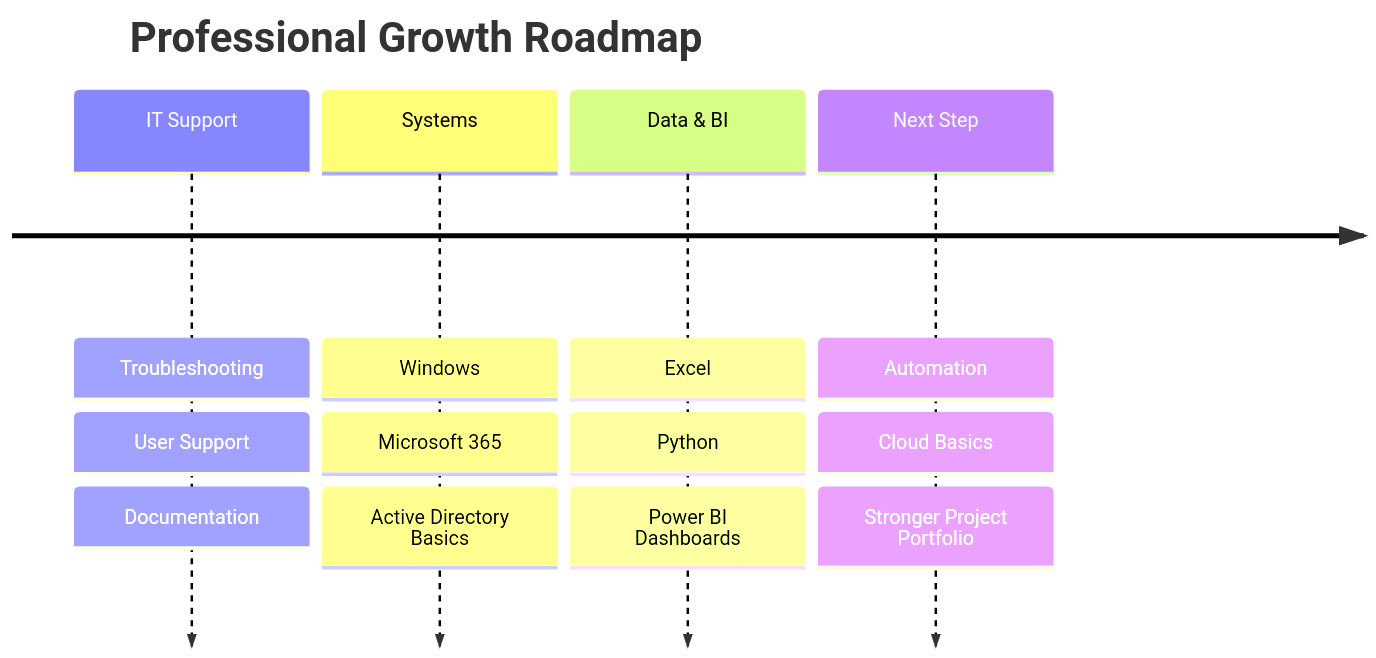
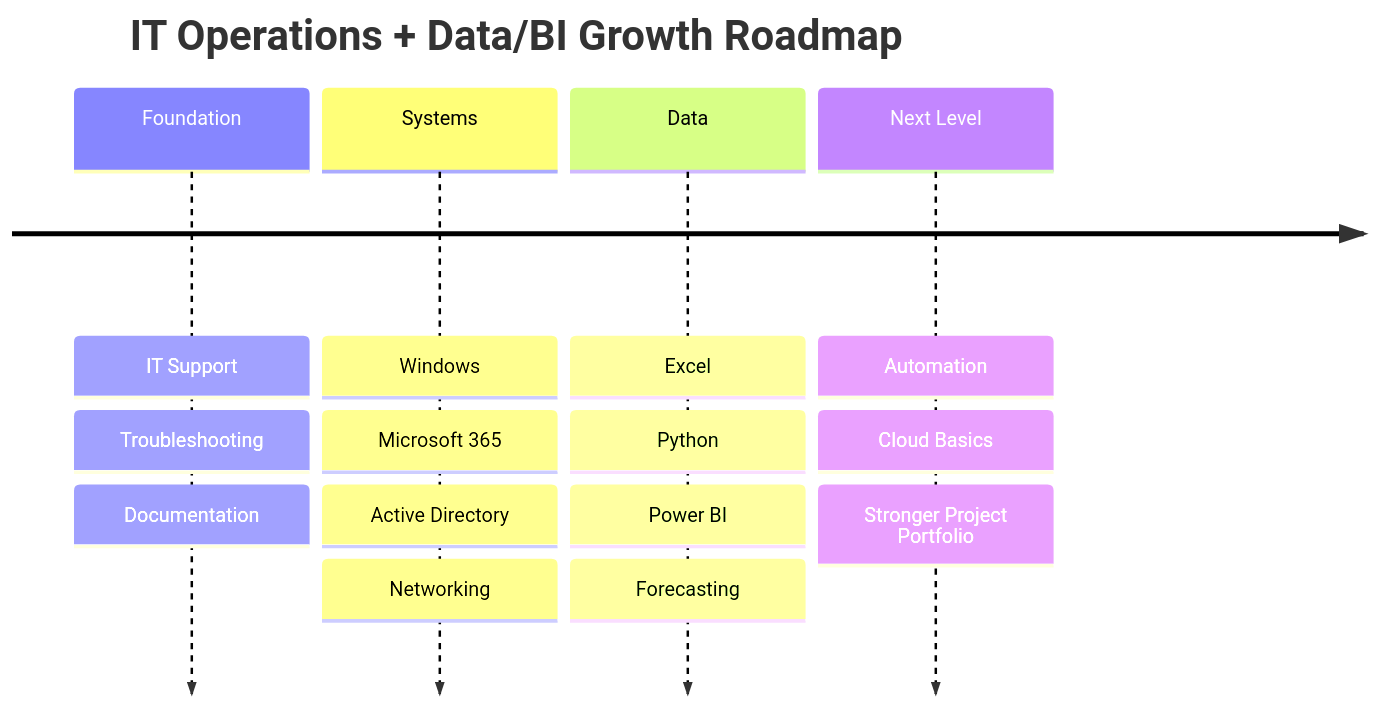
One commit to hany69x/hany69x changed the diagram in README.md. Above: the diagram before and after it, drawn with Mermaid. The commit also changed other lines of this file, not shown here.

````diff
--- a/README.md
+++ b/README.md
@@ -318,8 +361,8 @@
 ```mermaid
 timeline
-    title Professional Growth Roadmap
-    IT Support : Troubleshooting : User Support : Documentation
-    Systems : Windows : Microsoft 365 : Active Directory Basics
-    Data & BI : Excel : Python : Power BI Dashboards
-    Next Step : Automation : Cloud Basics : Stronger Project Portfolio
+    title IT Operations + Data/BI Growth Roadmap
+    Foundation : IT Support : Troubleshooting : Documentation
+    Systems : Windows : Microsoft 365 : Active Directory : Networking
+    Data : Excel : Python : Power BI : Forecasting
+    Next Level : Automation : Cloud Basics : Stronger Project Portfolio
 ```
````
